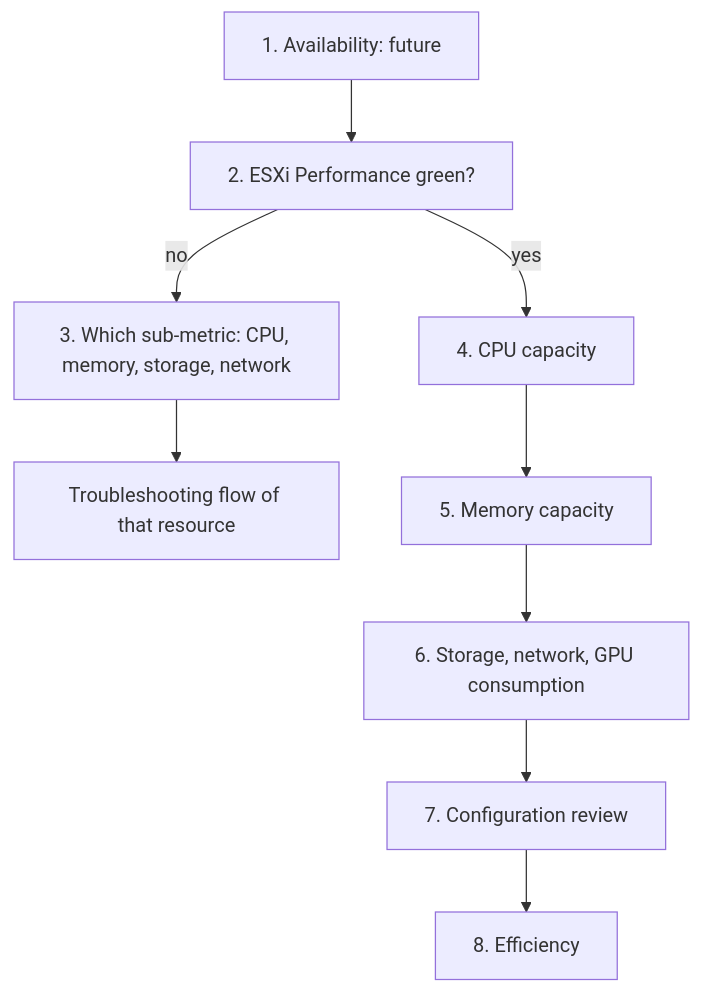
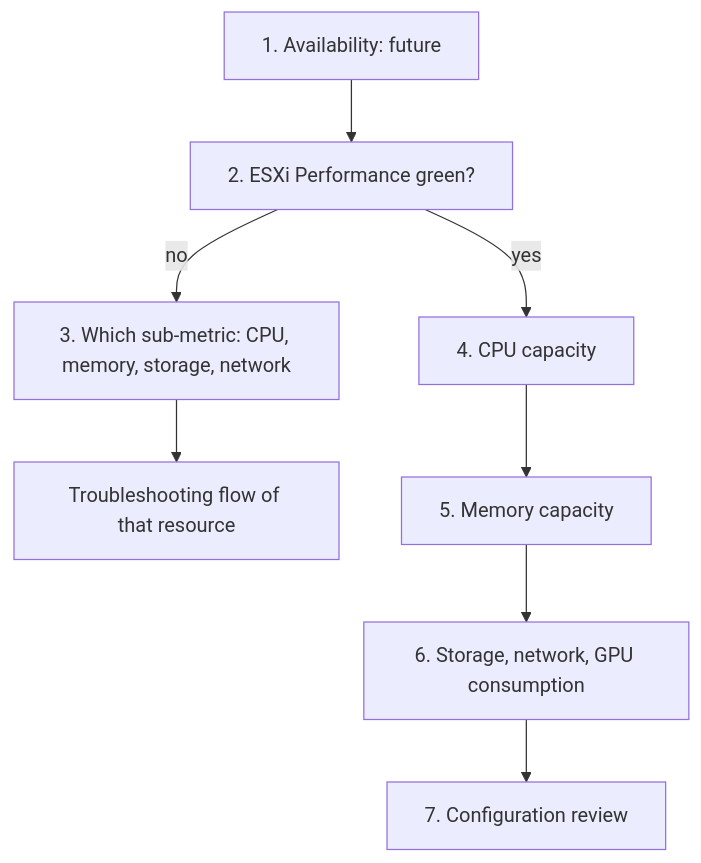
The diagram in knowledge/vsphere/object-types/esxi/health-check/esxi-health-check.md (e1-rahabok/agent-e2), drawn with Mermaid before and after one commit. The commit also changed other lines of this file and 9 other files, not shown here.

````diff
--- a/knowledge/vsphere/object-types/esxi/health-check/esxi-health-check.md
+++ b/knowledge/vsphere/object-types/esxi/health-check/esxi-health-check.md
@@ -11,11 +11,10 @@
 ```mermaid
 flowchart TD
   S1[1. Availability: future] --> S2[2. ESXi Performance green?]
   S2 -->|no| S3[3. Which sub-metric: CPU, memory, storage, network]
   S2 -->|yes| S4[4. CPU capacity]
   S3 --> T3[Troubleshooting flow of that resource]
   S4 --> S5[5. Memory capacity]
   S5 --> S6[6. Storage, network, GPU consumption]
   S6 --> S7[7. Configuration review]
-  S7 --> S8[8. Efficiency]
 ```
````
